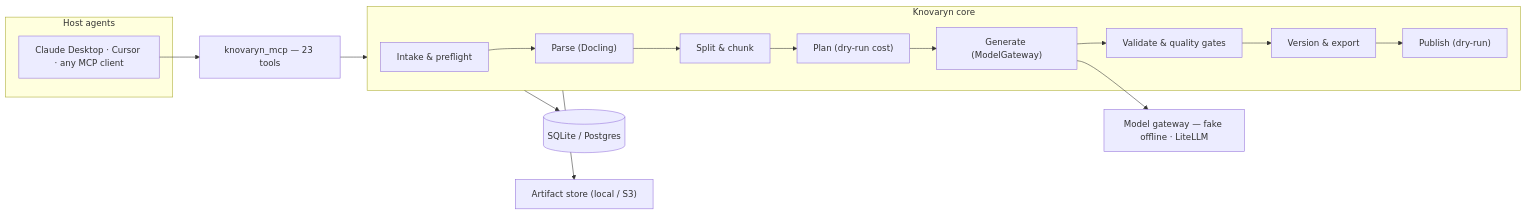
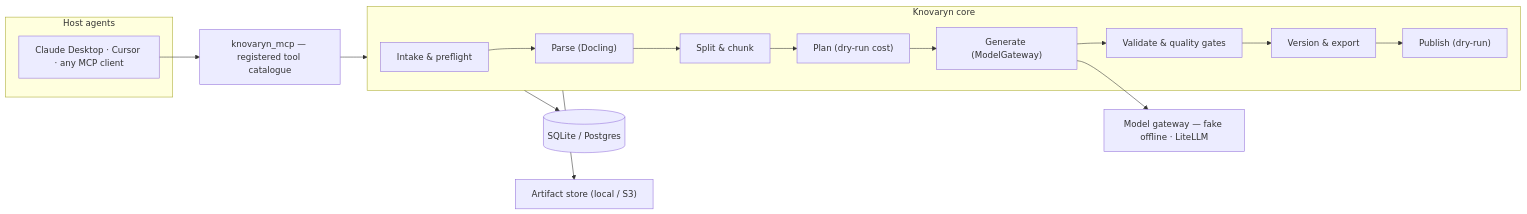
One commit to waalwalker1/knovaryn changed the diagram in docs/knovaryn-mcp.md. Above: the diagram before and after it, drawn with Mermaid. The commit also changed other lines of this file and 132 other files, not shown here.

````diff
--- a/docs/knovaryn-mcp.md
+++ b/docs/knovaryn-mcp.md
@@ -39,20 +39,20 @@
 ```mermaid
 flowchart LR
     subgraph AGENTS["Host agents"]
         MCPAG["Claude Desktop · Cursor · any MCP client"]
     end
-    MCPAG --> M["knovaryn_mcp — 23 tools"]
+    MCPAG --> M["knovaryn_mcp — registered tool catalogue"]
     subgraph CORE["Knovaryn core"]
         IN["Intake & preflight"] --> PA["Parse (Docling)"]
         PA --> SP["Split & chunk"]
         SP --> PL["Plan (dry-run cost)"]
         PL --> GE["Generate (ModelGateway)"]
         GE --> VA["Validate & quality gates"]
         VA --> VE["Version & export"]
         VE --> PU["Publish (dry-run)"]
     end
     M --> CORE
     CORE --> DB[("SQLite / Postgres")]
     CORE --> ART["Artifact store (local / S3)"]
     GE --> MG["Model gateway — fake offline · LiteLLM"]
 ```
````
